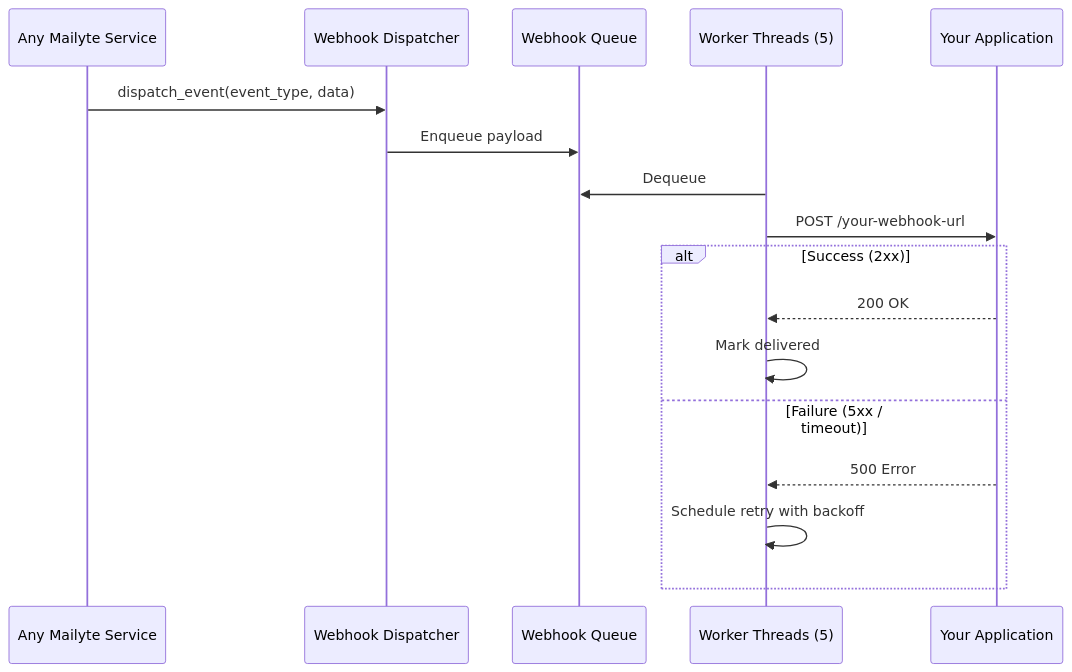
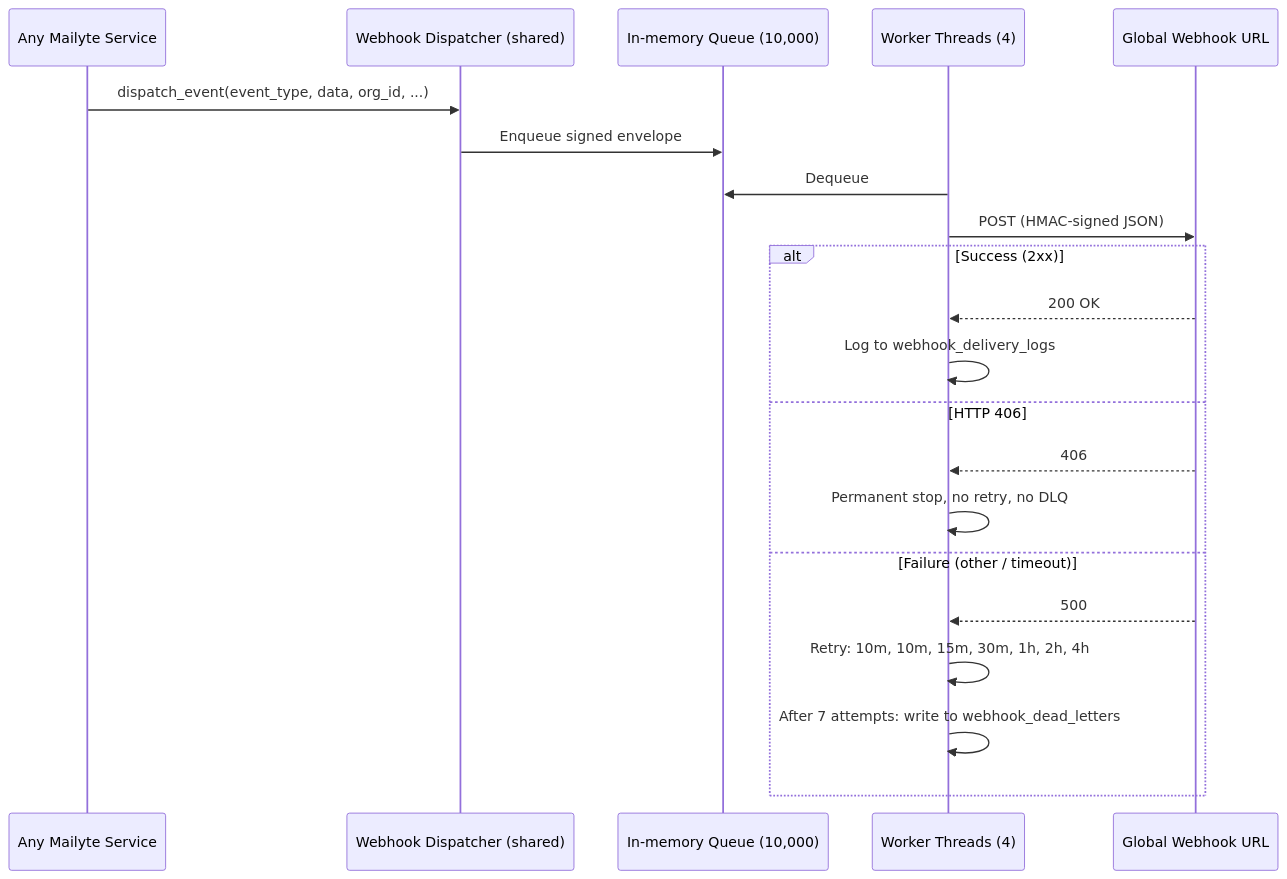
Before and after one commit to Techies-Africa/mailyte-mail-server-community: the diagram in docs/features/webhooks.md, drawn with Mermaid. The commit also changed other lines of this file and 481 other files, not shown here.

````diff
--- a/docs/features/webhooks.md
+++ b/docs/features/webhooks.md
@@ -9,20 +14,24 @@
 ```mermaid
 sequenceDiagram
     participant Service as Any Mailyte Service
-    participant Dispatcher as Webhook Dispatcher
-    participant Queue as Webhook Queue
-    participant Workers as Worker Threads (5)
-    participant Your as Your Application
+    participant Dispatcher as Webhook Dispatcher (shared)
+    participant Queue as In-memory Queue (10,000)
+    participant Workers as Worker Threads (4)
+    participant Your as Global Webhook URL
 
-    Service->>Dispatcher: dispatch_event(event_type, data)
-    Dispatcher->>Queue: Enqueue payload
+    Service->>Dispatcher: dispatch_event(event_type, data, org_id, ...)
+    Dispatcher->>Queue: Enqueue signed envelope
     Workers->>Queue: Dequeue
-    Workers->>Your: POST /your-webhook-url
+    Workers->>Your: POST (HMAC-signed JSON)
     alt Success (2xx)
         Your-->>Workers: 200 OK
-        Workers->>Workers: Mark delivered
-    else Failure (5xx / timeout)
-        Your-->>Workers: 500 Error
-        Workers->>Workers: Schedule retry with backoff
+        Workers->>Workers: Log to webhook_delivery_logs
+    else HTTP 406
+        Your-->>Workers: 406
+        Workers->>Workers: Permanent stop, no retry, no DLQ
+    else Failure (other / timeout)
+        Your-->>Workers: 500
+        Workers->>Workers: Retry: 10m, 10m, 15m, 30m, 1h, 2h, 4h
+        Workers->>Workers: After 7 attempts: write to webhook_dead_letters
     end
 ```
````
